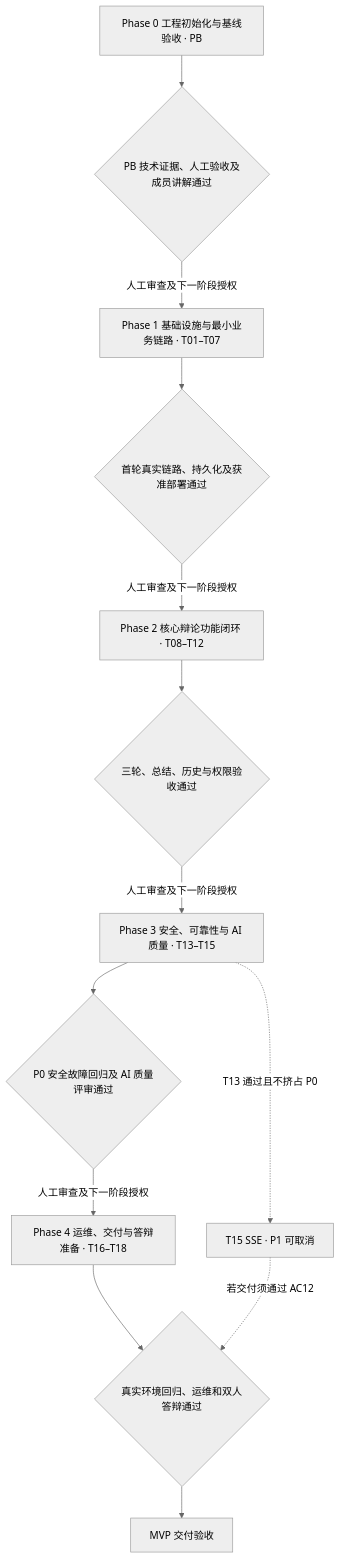
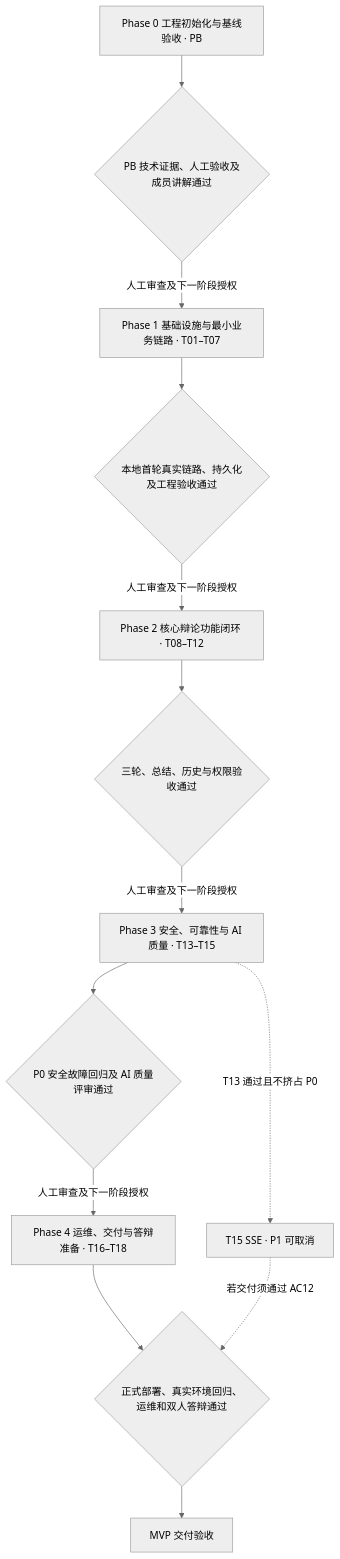
Before and after one commit to bingqilin456/DebateForge: the diagram in docs/planning/PLAN.md, drawn with Mermaid (neutral theme). The commit also changed other lines of this file and 33 other files, not shown here.

````diff
--- a/docs/planning/PLAN.md
+++ b/docs/planning/PLAN.md
@@ -43,15 +57,15 @@
 ```mermaid
 flowchart TD
     P0["Phase 0 工程初始化与基线验收 · PB"] --> G0{"PB 技术证据、人工验收及成员讲解通过"}
     G0 -->|人工审查及下一阶段授权| P1["Phase 1 基础设施与最小业务链路 · T01–T07"]
-    P1 --> G1{"首轮真实链路、持久化及获准部署通过"}
+    P1 --> G1{"本地首轮真实链路、持久化及工程验收通过"}
     G1 -->|人工审查及下一阶段授权| P2["Phase 2 核心辩论功能闭环 · T08–T12"]
     P2 --> G2{"三轮、总结、历史与权限验收通过"}
     G2 -->|人工审查及下一阶段授权| P3["Phase 3 安全、可靠性与 AI 质量 · T13–T15"]
     P3 --> G3{"P0 安全故障回归及 AI 质量评审通过"}
     P3 -.->|T13 通过且不挤占 P0| S["T15 SSE · P1 可取消"]
     G3 -->|人工审查及下一阶段授权| P4["Phase 4 运维、交付与答辩准备 · T16–T18"]
-    P4 --> G4{"真实环境回归、运维和双人答辩通过"}
+    P4 --> G4{"正式部署、真实环境回归、运维和双人答辩通过"}
     S -.->|若交付须通过 AC12| G4
     G4 --> D["MVP 交付验收"]
 ```
````
